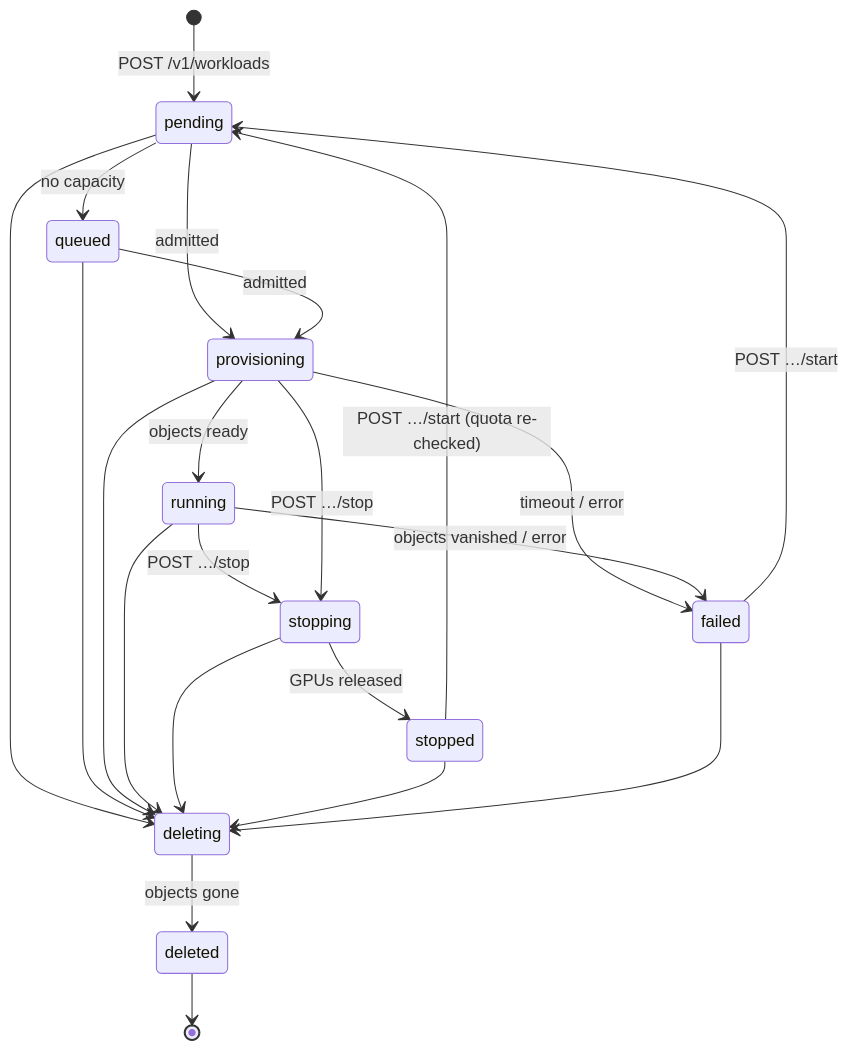
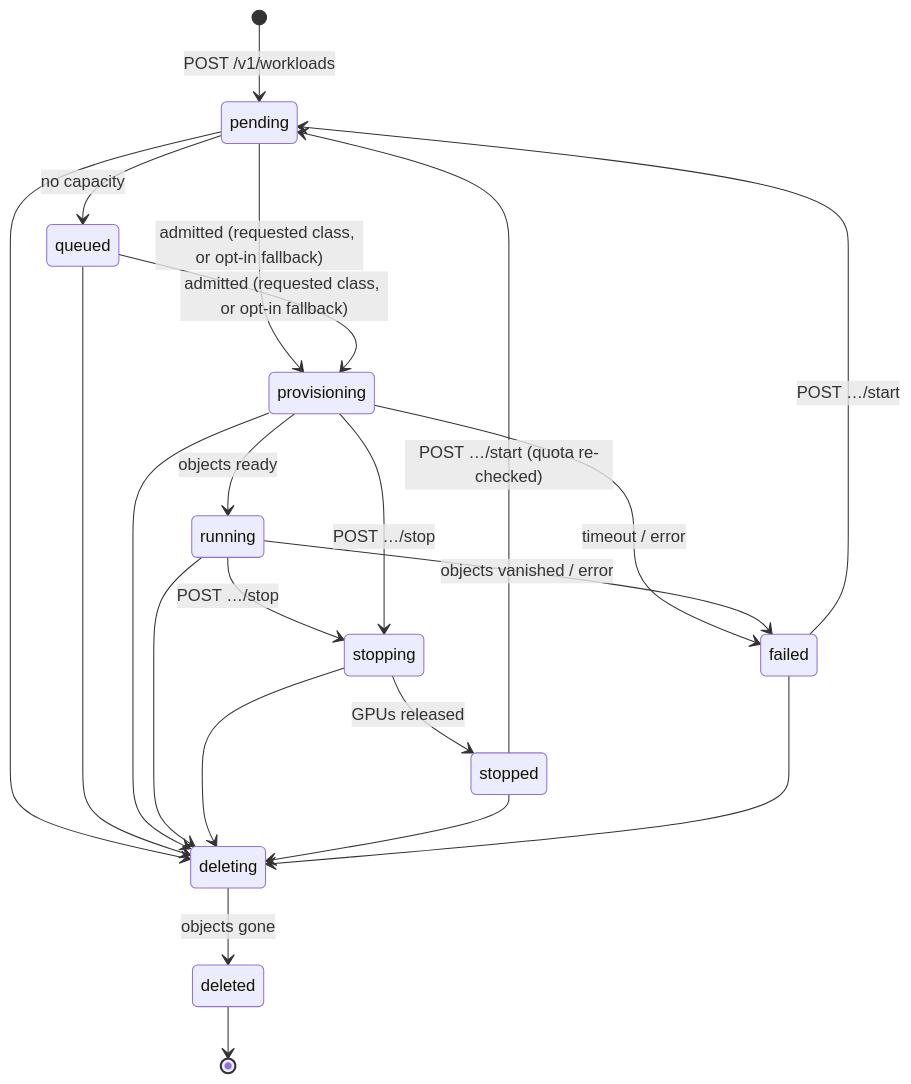
Before and after one commit to krishnanand20/Tensora: the diagram in docs/architecture/control-plane.md, drawn with Mermaid. The commit also changed other lines of this file and 52 other files, not shown here.

````diff
--- a/docs/architecture/control-plane.md
+++ b/docs/architecture/control-plane.md
@@ -21,24 +21,24 @@
 ```mermaid
 stateDiagram-v2
   [*] --> pending: POST /v1/workloads
   pending --> queued: no capacity
-  pending --> provisioning: admitted
-  queued --> provisioning: admitted
+  pending --> provisioning: admitted (requested class, or opt-in fallback)
+  queued --> provisioning: admitted (requested class, or opt-in fallback)
   provisioning --> running: objects ready
   provisioning --> failed: timeout / error
   running --> stopping: POST …/stop
   provisioning --> stopping: POST …/stop
   stopping --> stopped: GPUs released
   running --> failed: objects vanished / error
   stopped --> pending: POST …/start (quota re-checked)
   failed --> pending: POST …/start
   pending --> deleting
   queued --> deleting
   provisioning --> deleting
   running --> deleting
   stopping --> deleting
   stopped --> deleting
   failed --> deleting
   deleting --> deleted: objects gone
   deleted --> [*]
 ```
````
